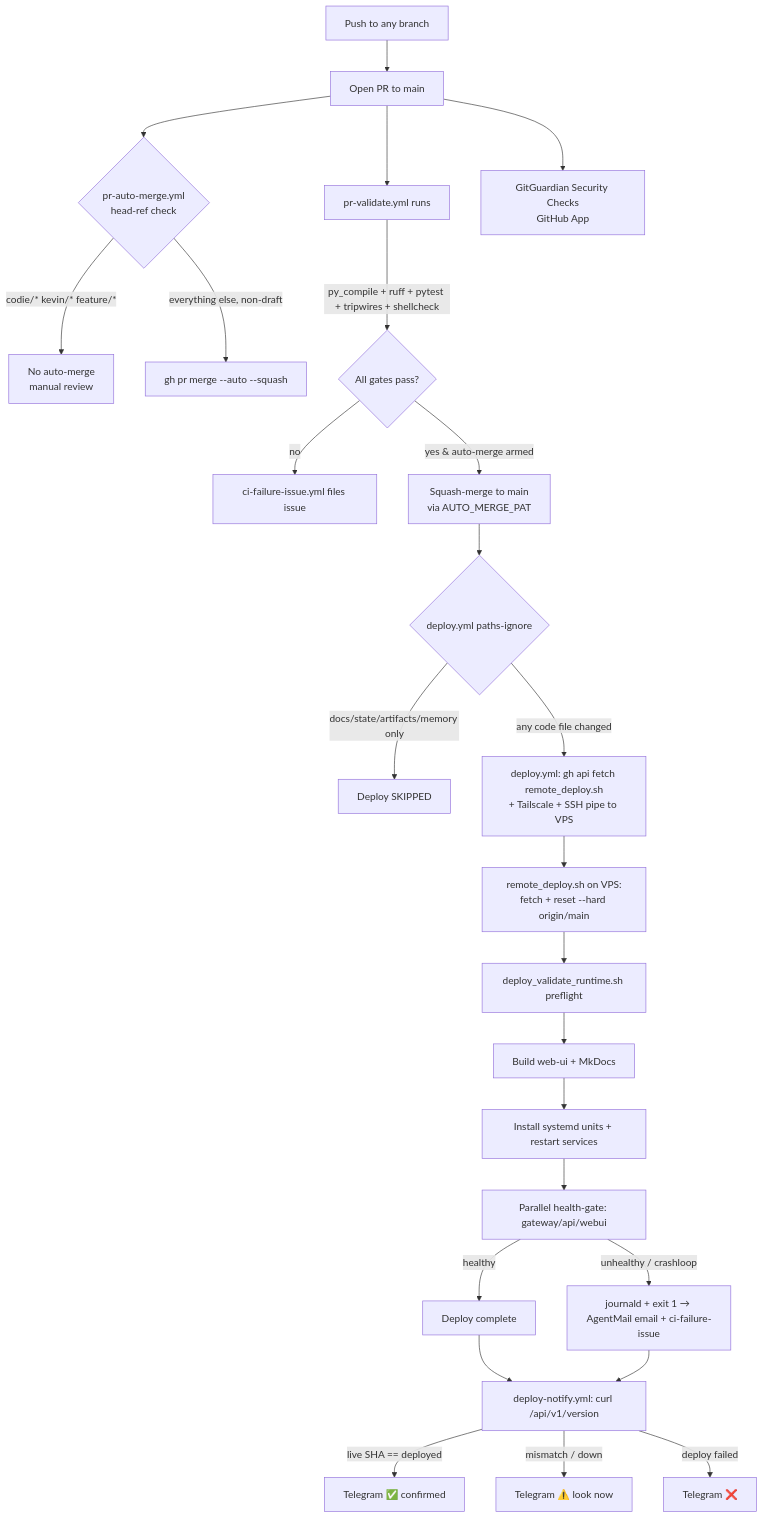
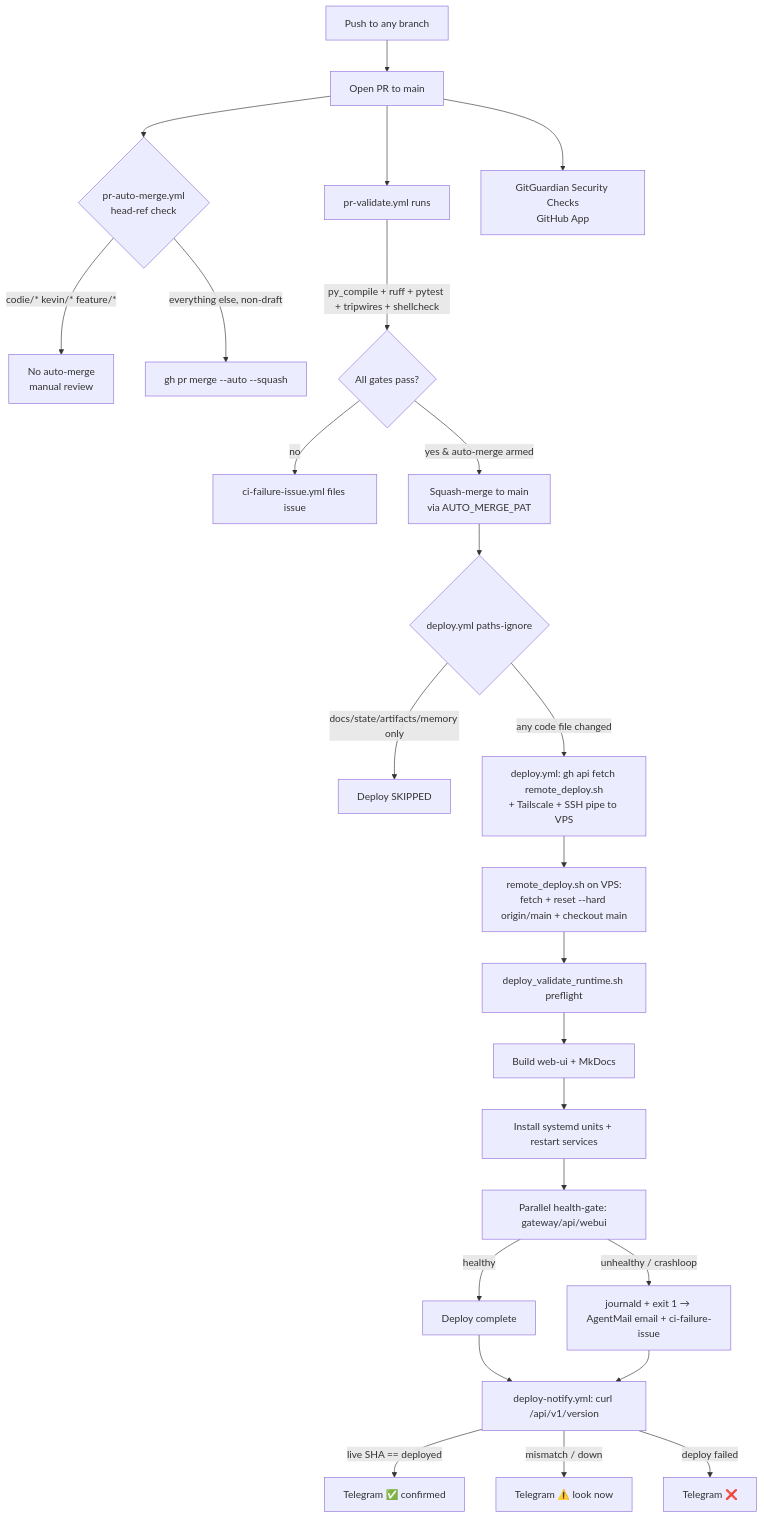
Before and after one commit to Kjdragan/universal_agent: the first of 2 diagrams in project_docs/06_platform/04_deployment_and_cicd.md, drawn with Mermaid. The commit also changed other lines of this file and 3 other files, not shown here.

First line of the commit message:
deploy: check out main after reset so prod never sits on a stray branch

````diff
--- a/project_docs/06_platform/04_deployment_and_cicd.md
+++ b/project_docs/06_platform/04_deployment_and_cicd.md
@@ -84,27 +84,27 @@
 ```mermaid
 flowchart TD
     A[Push to any branch] --> B[Open PR to main]
     B --> C{pr-auto-merge.yml<br/>head-ref check}
     C -->|codie/* kevin/* feature/*| C1[No auto-merge<br/>manual review]
     C -->|everything else, non-draft| C2[gh pr merge --auto --squash]
     B --> D[pr-validate.yml runs]
     B --> GG[GitGuardian Security Checks<br/>GitHub App]
     D -->|py_compile + ruff + pytest + tripwires + shellcheck| E{All gates pass?}
     E -->|no| F[ci-failure-issue.yml files issue]
     E -->|yes & auto-merge armed| G[Squash-merge to main<br/>via AUTO_MERGE_PAT]
     G --> H{deploy.yml paths-ignore}
     H -->|docs/state/artifacts/memory only| H1[Deploy SKIPPED]
     H -->|any code file changed| I[deploy.yml: gh api fetch remote_deploy.sh<br/>+ Tailscale + SSH pipe to VPS]
-    I --> J[remote_deploy.sh on VPS:<br/>fetch + reset --hard origin/main]
+    I --> J[remote_deploy.sh on VPS:<br/>fetch + reset --hard origin/main + checkout main]
     J --> K[deploy_validate_runtime.sh preflight]
     K --> L[Build web-ui + MkDocs]
     L --> M[Install systemd units + restart services]
     M --> N[Parallel health-gate: gateway/api/webui]
     N -->|unhealthy / crashloop| P[journald + exit 1 → AgentMail email + ci-failure-issue]
     N -->|healthy| O[Deploy complete]
     O --> Z[deploy-notify.yml: curl /api/v1/version]
     P --> Z
     Z -->|live SHA == deployed| Z1[Telegram ✅ confirmed]
     Z -->|mismatch / down| Z2[Telegram ⚠️ look now]
     Z -->|deploy failed| Z3[Telegram ❌]
 ```
````
